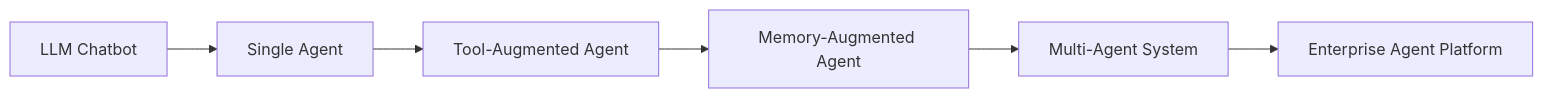
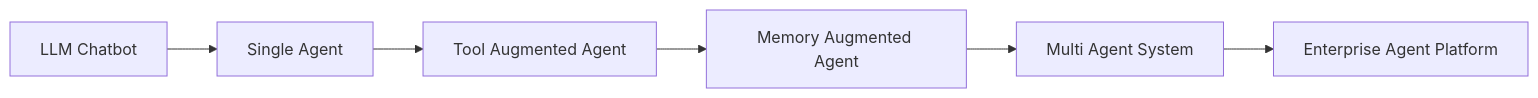
The first of 10 diagrams in docs/03-agent-architecture-patterns.md (ataksale/ai-agents-engineering-handbook-), drawn with Mermaid before and after one commit. The commit also changed other lines of this file, not shown here.

First line of the commit message:
Update 03-agent-architecture-patterns.md

````diff
--- a/docs/03-agent-architecture-patterns.md
+++ b/docs/03-agent-architecture-patterns.md
@@ -44,14 +44,9 @@
 ```mermaid
 flowchart LR
 
-A[LLM Chatbot]
---> B[Single Agent]
-
-B --> C[Tool-Augmented Agent]
-
-C --> D[Memory-Augmented Agent]
-
-D --> E[Multi-Agent System]
-
-E --> F[Enterprise Agent Platform]
+    A[LLM Chatbot] --> B[Single Agent]
+    B --> C[Tool Augmented Agent]
+    C --> D[Memory Augmented Agent]
+    D --> E[Multi Agent System]
+    E --> F[Enterprise Agent Platform]
 ```
````
